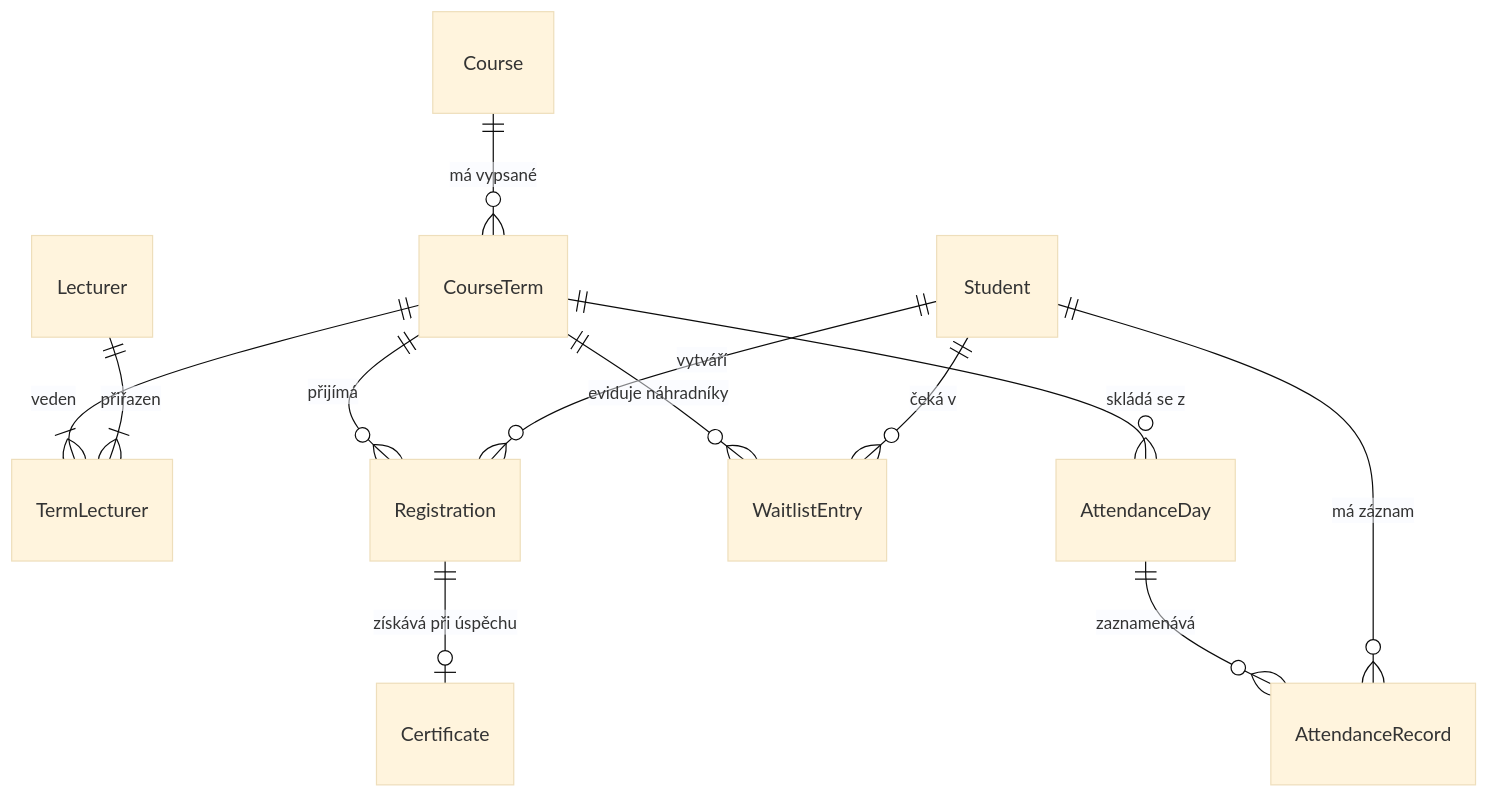
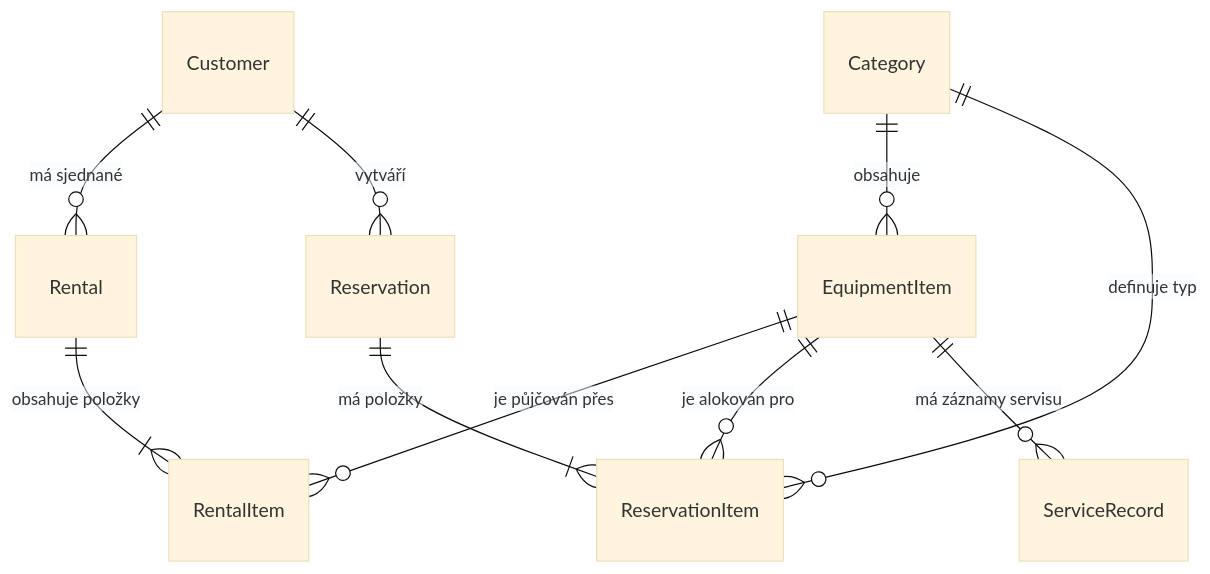
The diagram in README.md (vojtechsisma/ppro), drawn with Mermaid (base theme) before and after one commit. The commit also changed other lines of this file, not shown here.

````diff
--- a/README.md
+++ b/README.md
@@ -105,14 +106,12 @@
 ```mermaid
 erDiagram
-    Course ||--o{ CourseTerm : "má vypsané"
-    CourseTerm ||--|{ TermLecturer : "veden"
-    Lecturer ||--|{ TermLecturer : "přiřazen"
-    CourseTerm ||--o{ Registration : "přijímá"
-    Student ||--o{ Registration : "vytváří"
-    CourseTerm ||--o{ WaitlistEntry : "eviduje náhradníky"
-    Student ||--o{ WaitlistEntry : "čeká v"
-    CourseTerm ||--o{ AttendanceDay : "skládá se z"
-    AttendanceDay ||--o{ AttendanceRecord : "zaznamenává"
-    Student ||--o{ AttendanceRecord : "má záznam"
-    Registration ||--o| Certificate : "získává při úspěchu"
+    Category ||--o{ EquipmentItem : "obsahuje"
+    Category ||--o{ ReservationItem : "definuje typ"
+    Customer ||--o{ Rental : "má sjednané"
+    Customer ||--o{ Reservation : "vytváří"
+    Rental ||--|{ RentalItem : "obsahuje položky"
+    EquipmentItem ||--o{ RentalItem : "je půjčován přes"
+    Reservation ||--|{ ReservationItem : "má položky"
+    EquipmentItem ||--o{ ReservationItem : "je alokován pro"
+    EquipmentItem ||--o{ ServiceRecord : "má záznamy servisu"
 ```
````
